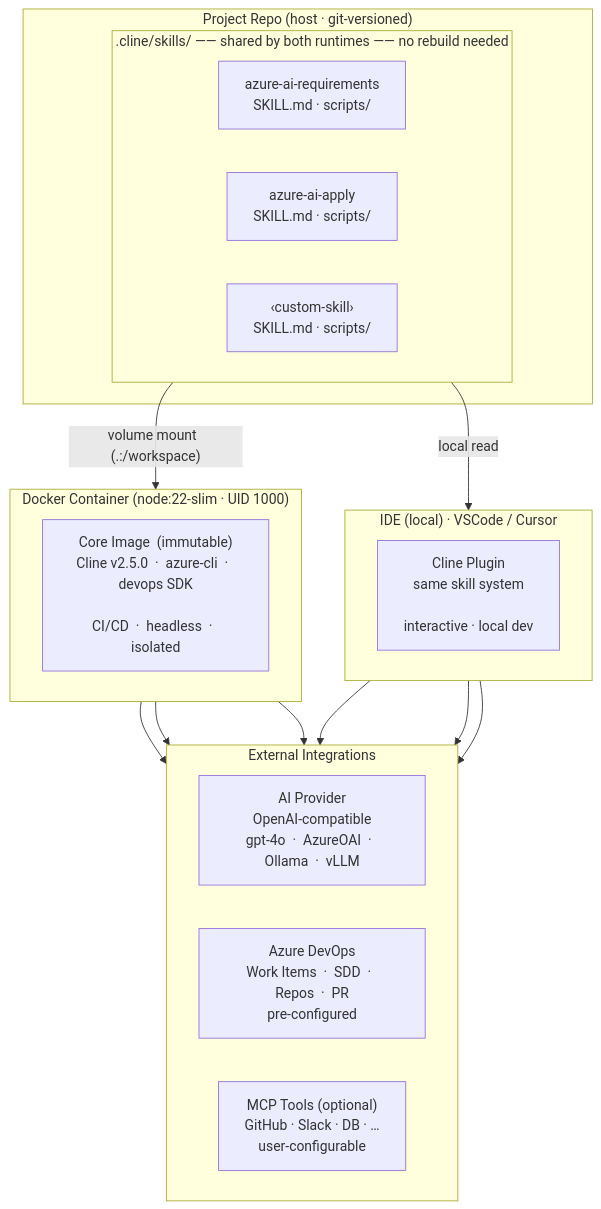
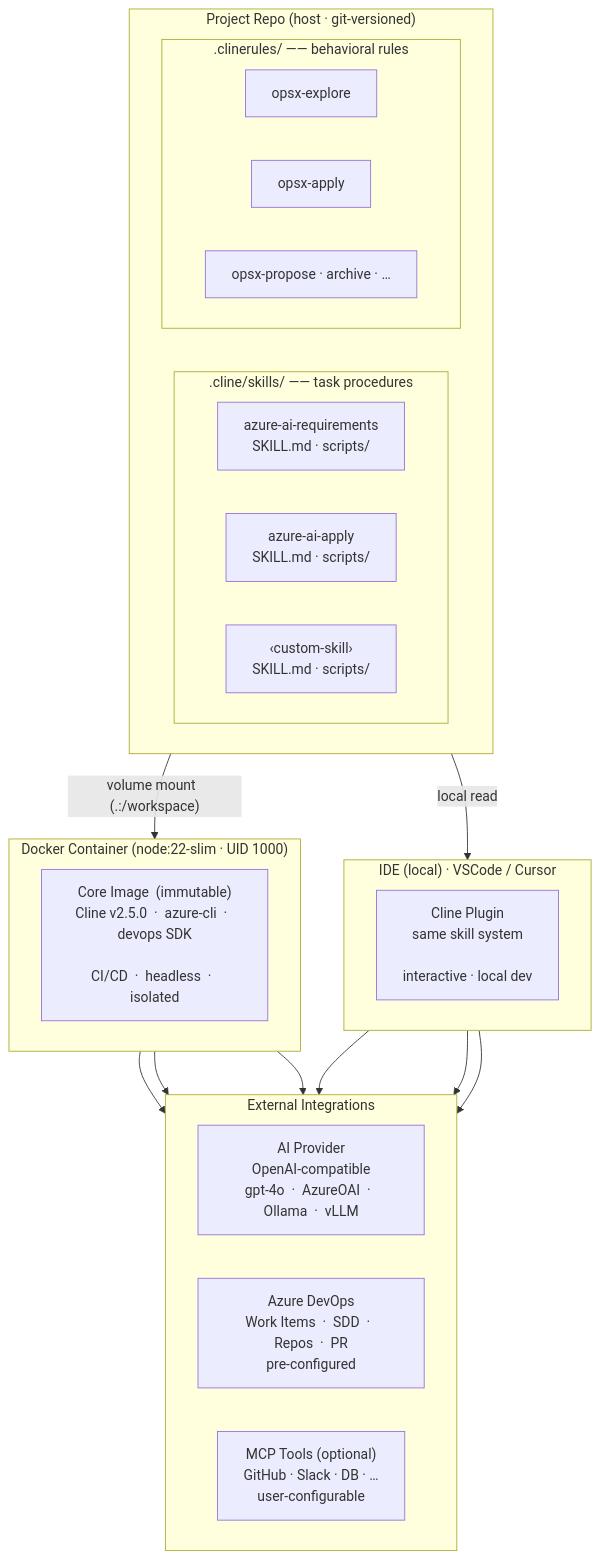
Before and after one commit to wmwang/clinewithADO: the second of 5 diagrams in docs/README.zh.md, drawn with Mermaid. The commit also changed other lines of this file, not shown here.

````diff
--- a/docs/README.zh.md
+++ b/docs/README.zh.md
@@ -67,32 +67,38 @@
 ```mermaid
 flowchart TD
     subgraph Repo["Project Repo  (host · git-versioned)"]
-        subgraph Skills[".cline/skills/  ——  shared by both runtimes  ——  no rebuild needed"]
+        subgraph Skills[".cline/skills/  ——  task procedures"]
             direction LR
             S1["azure-ai-requirements\nSKILL.md · scripts/"]
             S2["azure-ai-apply\nSKILL.md · scripts/"]
             S3["‹custom-skill›\nSKILL.md · scripts/"]
+        end
+        subgraph Workflows[".clinerules/  ——  behavioral rules"]
+            direction LR
+            W1["opsx-explore"]
+            W2["opsx-apply"]
+            W3["opsx-propose · archive · …"]
         end
     end
 
     subgraph Docker["Docker Container  (node:22-slim · UID 1000)"]
         D1["Core Image  (immutable)\nCline v2.5.0  ·  azure-cli  ·  devops SDK\n\nCI/CD  ·  headless  ·  isolated"]
     end
 
     subgraph IDELocal["IDE  (local)  ·  VSCode / Cursor"]
         I1["Cline Plugin\nsame skill system\n\ninteractive  ·  local dev"]
     end
 
-    Skills -->|"volume mount  (.:/workspace)"| Docker
-    Skills -->|"local read"| IDELocal
+    Repo -->|"volume mount  (.:/workspace)"| Docker
+    Repo -->|"local read"| IDELocal
 
     subgraph Ext["External Integrations"]
         direction LR
         AI["AI Provider\nOpenAI-compatible\ngpt-4o  ·  AzureOAI  ·  Ollama  ·  vLLM"]
         ADO["Azure DevOps\nWork Items  ·  SDD  ·  Repos  ·  PR\npre-configured"]
         MCP["MCP Tools  (optional)\nGitHub  ·  Slack  ·  DB  ·  …\nuser-configurable"]
     end
 
     Docker --> AI & ADO & MCP
     IDELocal --> AI & ADO & MCP
 ```
````
